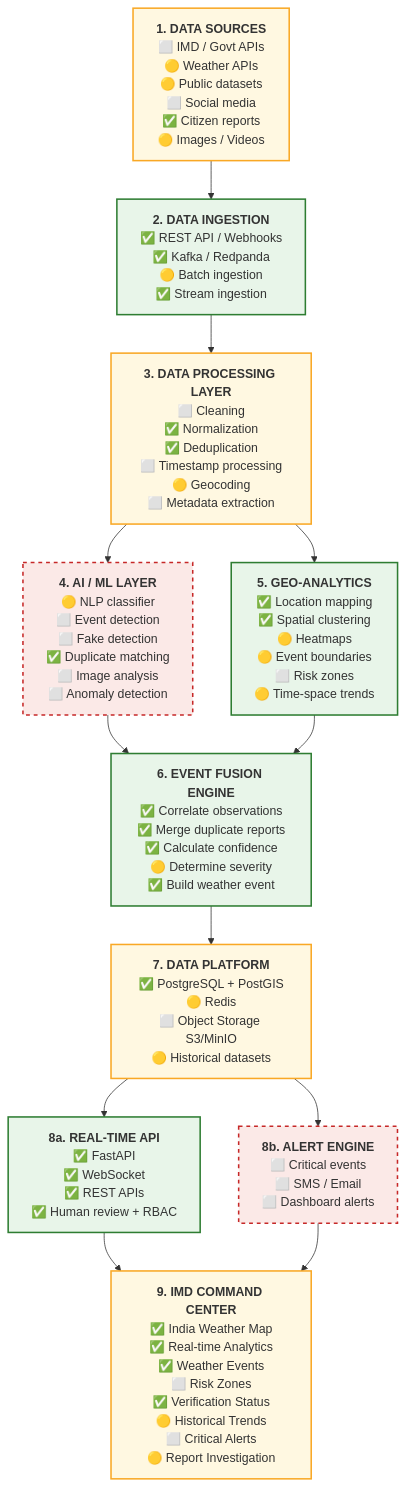
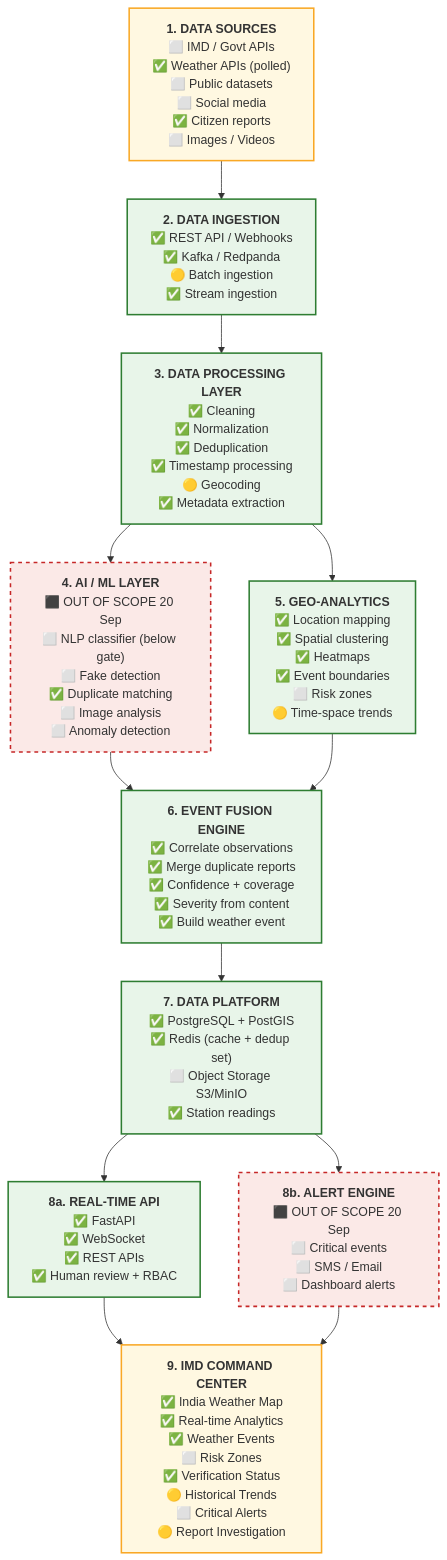
The first of 2 diagrams in docs/ARCHITECTURE.md (SabaSaiid/INDRA), drawn with Mermaid before and after one commit. The commit also changed other lines of this file, not shown here.

````diff
--- a/docs/ARCHITECTURE.md
+++ b/docs/ARCHITECTURE.md
@@ -35,41 +37,41 @@
 ```mermaid
 flowchart TD
-    SRC["<b>1. DATA SOURCES</b><br/>⬜ IMD / Govt APIs<br/>🟡 Weather APIs<br/>🟡 Public datasets<br/>⬜ Social media<br/>✅ Citizen reports<br/>🟡 Images / Videos"]
+    SRC["<b>1. DATA SOURCES</b><br/>⬜ IMD / Govt APIs<br/>✅ Weather APIs (polled)<br/>⬜ Public datasets<br/>⬜ Social media<br/>✅ Citizen reports<br/>⬜ Images / Videos"]
 
     ING["<b>2. DATA INGESTION</b><br/>✅ REST API / Webhooks<br/>✅ Kafka / Redpanda<br/>🟡 Batch ingestion<br/>✅ Stream ingestion"]
 
-    PROC["<b>3. DATA PROCESSING LAYER</b><br/>⬜ Cleaning<br/>✅ Normalization<br/>✅ Deduplication<br/>⬜ Timestamp processing<br/>🟡 Geocoding<br/>⬜ Metadata extraction"]
+    PROC["<b>3. DATA PROCESSING LAYER</b><br/>✅ Cleaning<br/>✅ Normalization<br/>✅ Deduplication<br/>✅ Timestamp processing<br/>🟡 Geocoding<br/>✅ Metadata extraction"]
 
-    AI["<b>4. AI / ML LAYER</b><br/>🟡 NLP classifier<br/>⬜ Event detection<br/>⬜ Fake detection<br/>✅ Duplicate matching<br/>⬜ Image analysis<br/>⬜ Anomaly detection"]
+    AI["<b>4. AI / ML LAYER</b><br/>⬛ OUT OF SCOPE 20 Sep<br/>⬜ NLP classifier (below gate)<br/>⬜ Fake detection<br/>✅ Duplicate matching<br/>⬜ Image analysis<br/>⬜ Anomaly detection"]
 
-    GEO["<b>5. GEO-ANALYTICS</b><br/>✅ Location mapping<br/>✅ Spatial clustering<br/>🟡 Heatmaps<br/>🟡 Event boundaries<br/>⬜ Risk zones<br/>🟡 Time-space trends"]
+    GEO["<b>5. GEO-ANALYTICS</b><br/>✅ Location mapping<br/>✅ Spatial clustering<br/>✅ Heatmaps<br/>✅ Event boundaries<br/>⬜ Risk zones<br/>🟡 Time-space trends"]
 
-    FUS["<b>6. EVENT FUSION ENGINE</b><br/>✅ Correlate observations<br/>✅ Merge duplicate reports<br/>✅ Calculate confidence<br/>🟡 Determine severity<br/>✅ Build weather event"]
+    FUS["<b>6. EVENT FUSION ENGINE</b><br/>✅ Correlate observations<br/>✅ Merge duplicate reports<br/>✅ Confidence + coverage<br/>✅ Severity from content<br/>✅ Build weather event"]
 
-    PLAT["<b>7. DATA PLATFORM</b><br/>✅ PostgreSQL + PostGIS<br/>🟡 Redis<br/>⬜ Object Storage S3/MinIO<br/>🟡 Historical datasets"]
+    PLAT["<b>7. DATA PLATFORM</b><br/>✅ PostgreSQL + PostGIS<br/>✅ Redis (cache + dedup set)<br/>⬜ Object Storage S3/MinIO<br/>✅ Station readings"]
 
     API["<b>8a. REAL-TIME API</b><br/>✅ FastAPI<br/>✅ WebSocket<br/>✅ REST APIs<br/>✅ Human review + RBAC"]
 
-    ALERT["<b>8b. ALERT ENGINE</b><br/>⬜ Critical events<br/>⬜ SMS / Email<br/>⬜ Dashboard alerts"]
+    ALERT["<b>8b. ALERT ENGINE</b><br/>⬛ OUT OF SCOPE 20 Sep<br/>⬜ Critical events<br/>⬜ SMS / Email<br/>⬜ Dashboard alerts"]
 
     CC["<b>9. IMD COMMAND CENTER</b><br/>✅ India Weather Map<br/>✅ Real-time Analytics<br/>✅ Weather Events<br/>⬜ Risk Zones<br/>✅ Verification Status<br/>🟡 Historical Trends<br/>⬜ Critical Alerts<br/>🟡 Report Investigation"]
 
     SRC --> ING --> PROC
     PROC --> AI
     PROC --> GEO
     AI --> FUS
     GEO --> FUS
     FUS --> PLAT
     PLAT --> API
     PLAT --> ALERT
     API --> CC
     ALERT --> CC
 
     classDef built fill:#e8f5e9,stroke:#2e7d32,stroke-width:2px;
     classDef partial fill:#fff8e1,stroke:#f9a825,stroke-width:2px;
     classDef absent fill:#fbe9e7,stroke:#c62828,stroke-dasharray: 5 5,stroke-width:2px;
 
-    class ING,GEO,FUS,API built;
-    class SRC,PROC,PLAT,CC partial;
+    class ING,PROC,GEO,FUS,PLAT,API built;
+    class SRC,CC partial;
     class AI,ALERT absent;
 ```
````
